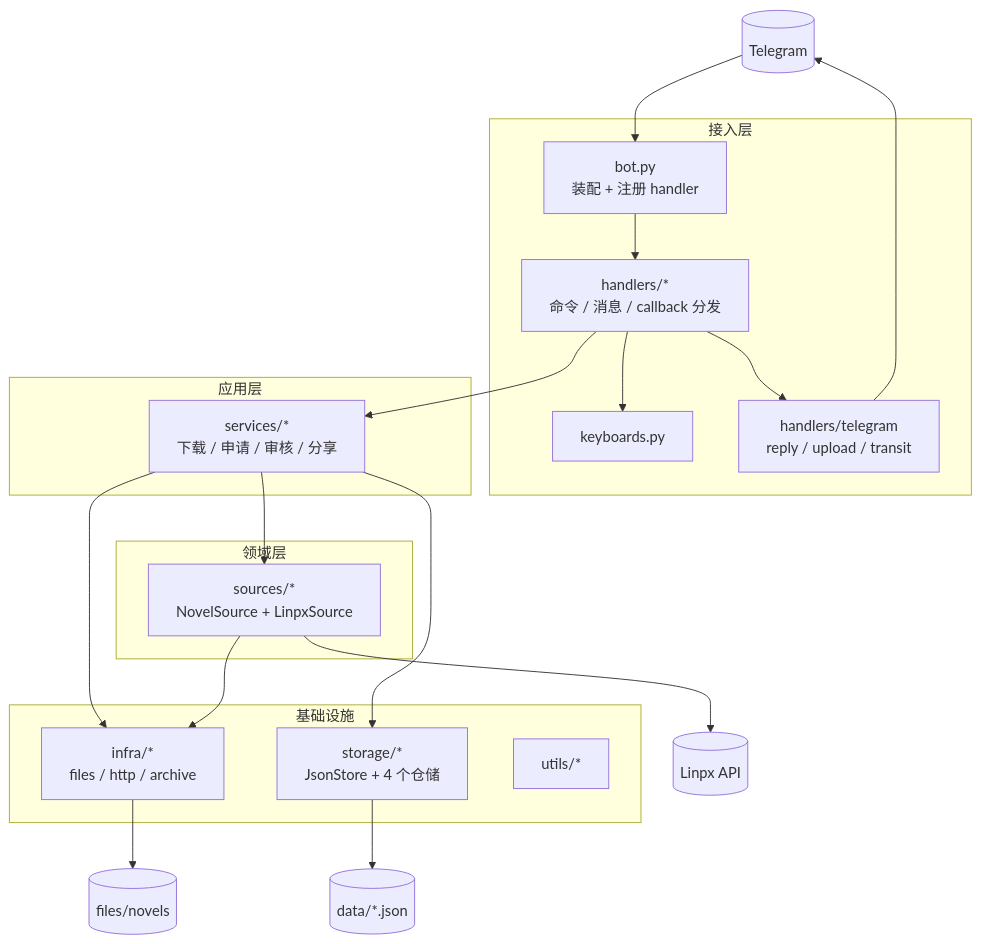
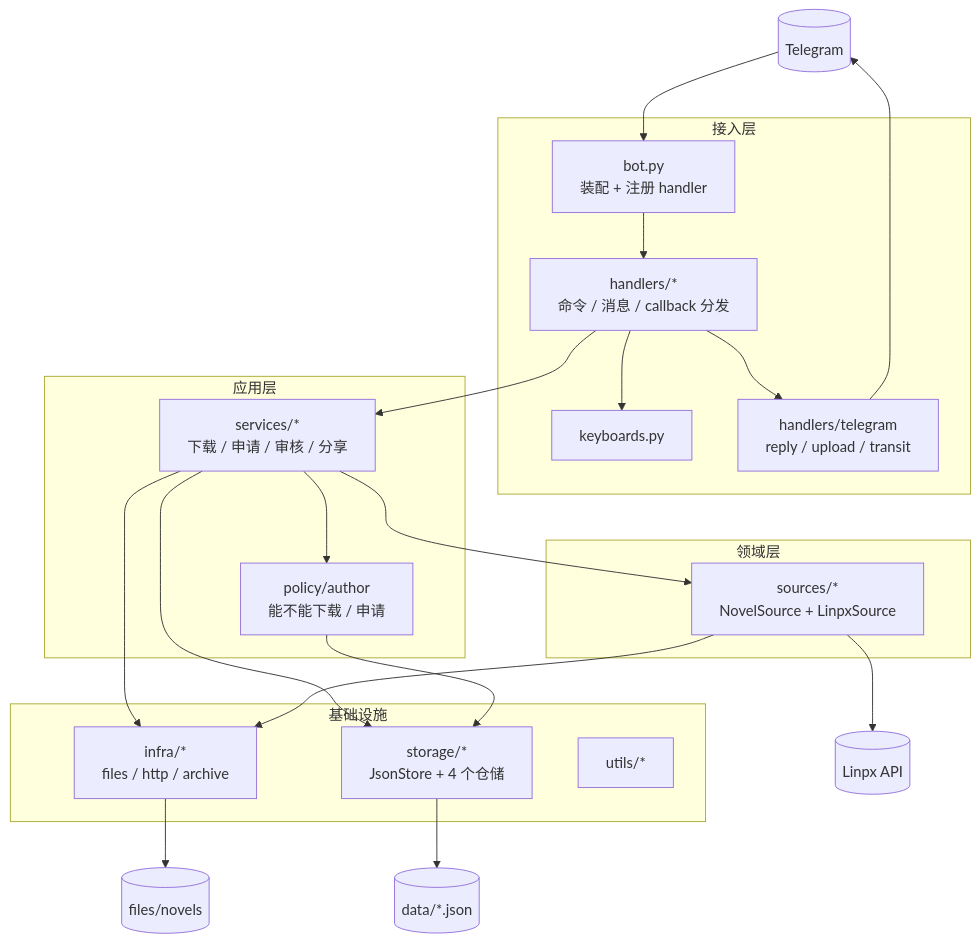
One commit to DowneyRem/FurryReadingBot changed the diagram in docs/03-项目架构说明.md. Above: the diagram before and after it, drawn with Mermaid. The commit also changed other lines of this file and 6 other files, not shown here.

````diff
--- a/docs/03-项目架构说明.md
+++ b/docs/03-项目架构说明.md
@@ -23,42 +23,45 @@
 ```mermaid
 flowchart TB
     TG[("Telegram")]
     API[("Linpx API")]
 
     subgraph 接入层
         BOT["bot.py<br/>装配 + 注册 handler"]
         H["handlers/*<br/>命令 / 消息 / callback 分发"]
         KB[keyboards.py]
         TGA["handlers/telegram<br/>reply / upload / transit"]
     end
 
     subgraph 应用层
         SVC["services/*<br/>下载 / 申请 / 审核 / 分享"]
+        POL["policy/author<br/>能不能下载 / 申请"]
     end
 
     subgraph 领域层
         SRC["sources/*<br/>NovelSource + LinpxSource"]
     end
 
     subgraph 基础设施
         ST["storage/*<br/>JsonStore + 4 个仓储"]
         INF["infra/*<br/>files / http / archive"]
         U["utils/*"]
     end
 
     DATA[("data/*.json")]
     FILES[("files/novels")]
 
     TG --> BOT --> H
     H --> TGA
     H --> SVC
     H --> KB
     SVC --> SRC
     SVC --> ST
     SVC --> INF
+    SVC --> POL
+    POL --> ST
     SRC --> INF
     ST --> DATA
     INF --> FILES
     TGA --> TG
     SRC --> API
 ```
````
